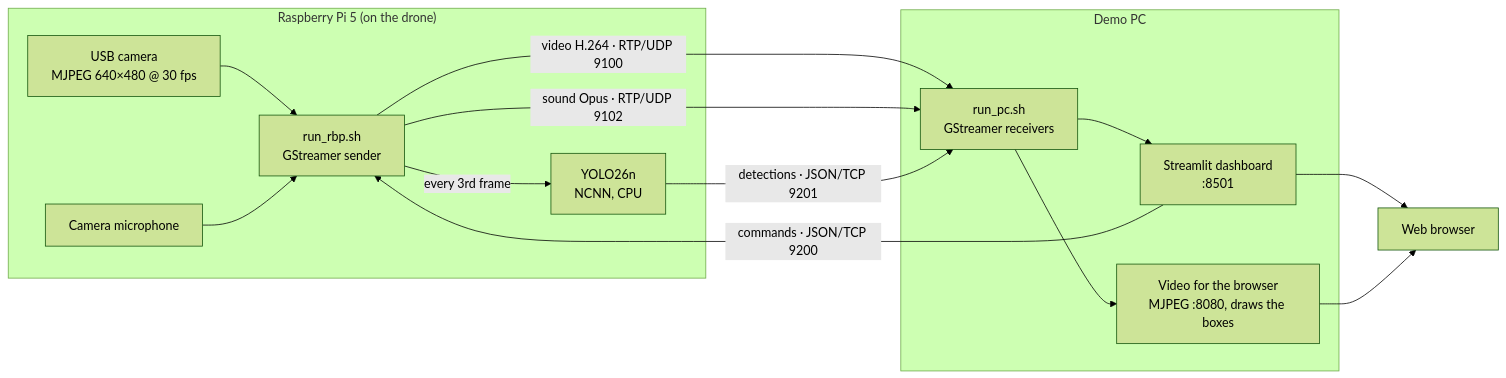
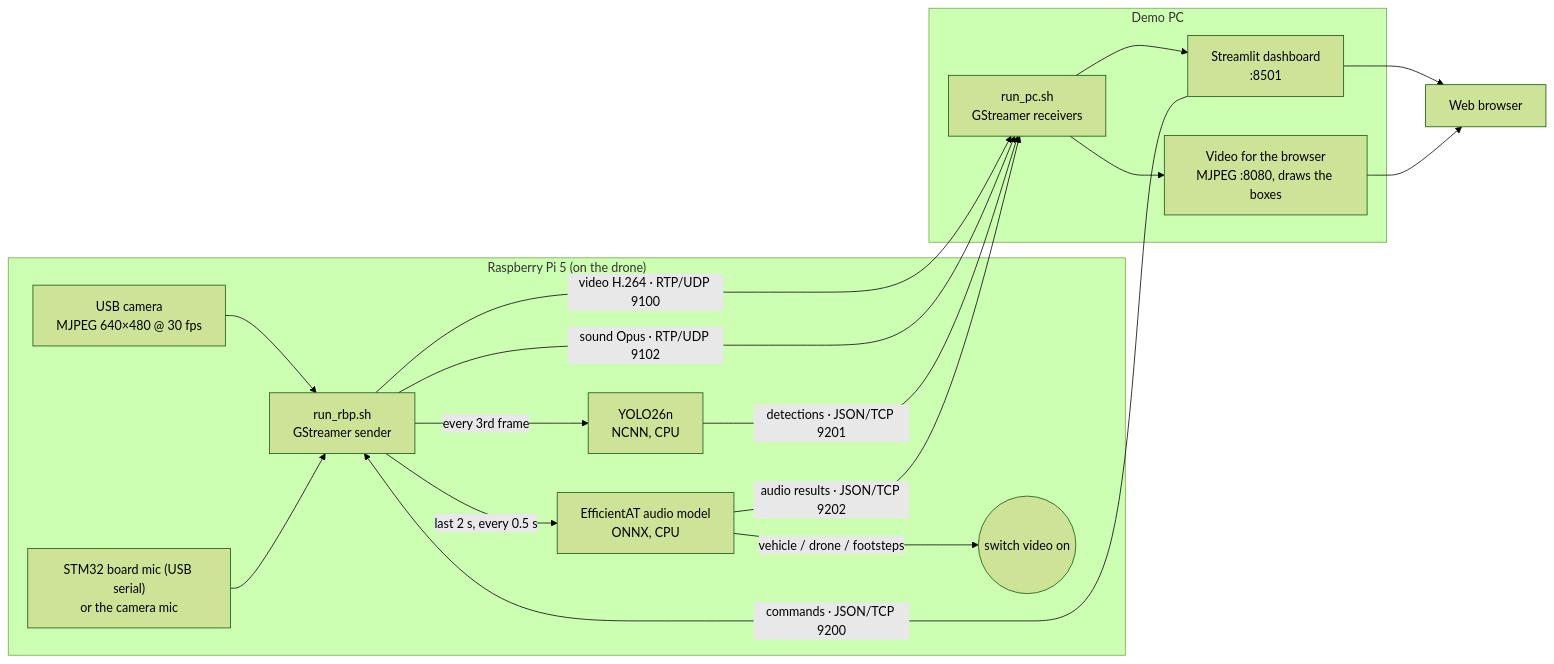
One commit to bBibyk/EDTH-TargeTeam changed the diagram in architecture/demo-pipeline.md. Above: the diagram before and after it, drawn with Mermaid (forest theme). The commit also changed other lines of this file and 2 other files, not shown here.

Commit message:
Document the audio model and STM32 audio path; add gitignore rules

````diff
--- a/architecture/demo-pipeline.md
+++ b/architecture/demo-pipeline.md
@@ -32,18 +33,21 @@
 ```mermaid
 flowchart LR
   subgraph PI["Raspberry Pi 5 (on the drone)"]
     CAM["USB camera<br/>MJPEG 640×480 @ 30 fps"] --> SEND["run_rbp.sh<br/>GStreamer sender"]
-    MIC["Camera microphone"] --> SEND
+    MIC["STM32 board mic (USB serial)<br/>or the camera mic"] --> SEND
+    SEND -->|"last 2 s, every 0.5 s"| AUD["EfficientAT audio model<br/>ONNX, CPU"]
+    AUD -->|"vehicle / drone / footsteps"| WAKE(("switch video on"))
     SEND -->|"every 3rd frame"| YOLO["YOLO26n<br/>NCNN, CPU"]
   end
   subgraph PC["Demo PC"]
     RECV["run_pc.sh<br/>GStreamer receivers"] --> DASH["Streamlit dashboard<br/>:8501"]
     RECV --> MJPEG["Video for the browser<br/>MJPEG :8080, draws the boxes"]
   end
   SEND -- "video H.264 · RTP/UDP 9100" --> RECV
   SEND -- "sound Opus · RTP/UDP 9102" --> RECV
   YOLO -- "detections · JSON/TCP 9201" --> RECV
+  AUD -- "audio results · JSON/TCP 9202" --> RECV
   DASH -- "commands · JSON/TCP 9200" --> SEND
   DASH --> BROWSER["Web browser"]
   MJPEG --> BROWSER
 ```
````
